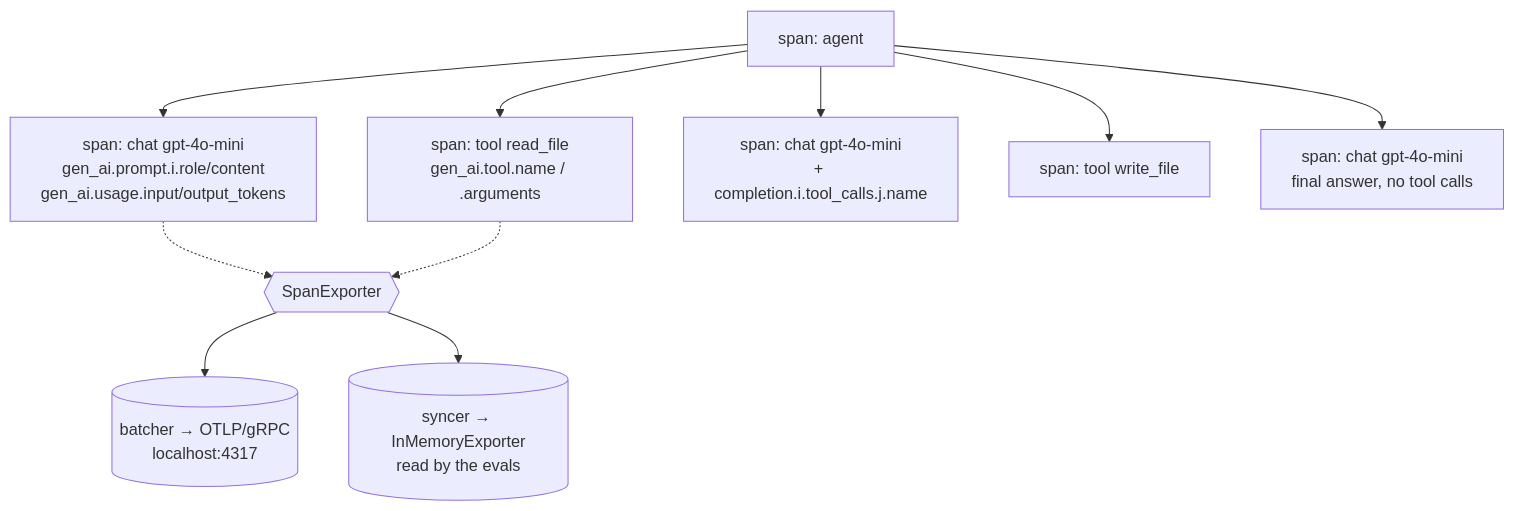
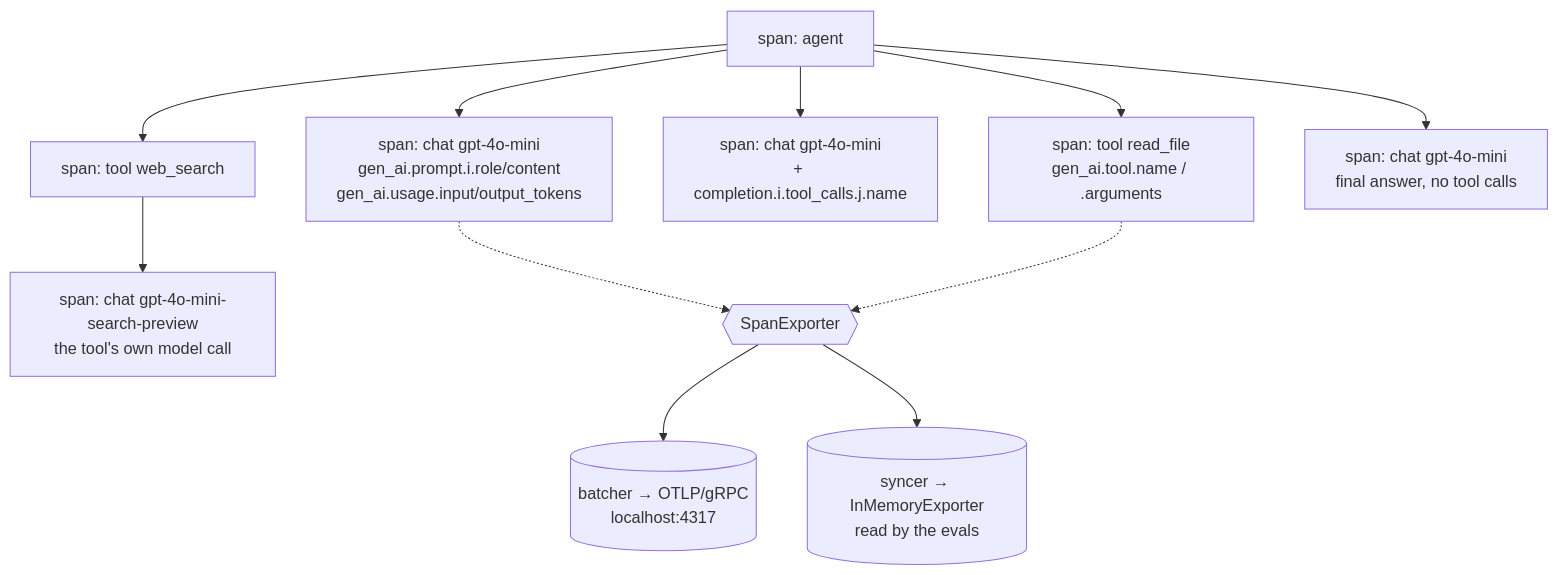
One commit to campoy/gai changed the fourth of 4 diagrams in ARCHITECTURE.md. Above: the diagram before and after it, drawn with Mermaid. The commit also changed other lines of this file and 9 other files, not shown here.

````diff
--- a/ARCHITECTURE.md
+++ b/ARCHITECTURE.md
@@ -228,13 +230,14 @@
 ```mermaid
 flowchart TD
   a["span: agent"] --> b1["span: chat gpt-4o-mini<br/>gen_ai.prompt.i.role/content<br/>gen_ai.usage.input/output_tokens"]
   a --> t1["span: tool read_file<br/>gen_ai.tool.name / .arguments"]
   a --> b2["span: chat gpt-4o-mini<br/>+ completion.i.tool_calls.j.name"]
-  a --> t2["span: tool write_file"]
-  a --> b3["span: chat gpt-4o-mini<br/>final answer, no tool calls"]
+  a --> t2["span: tool web_search"]
+  t2 --> b3["span: chat gpt-4o-mini-search-preview<br/>the tool's own model call"]
+  a --> b4["span: chat gpt-4o-mini<br/>final answer, no tool calls"]
 
   b1 -.-> exp{{"SpanExporter"}}
   t1 -.-> exp
   exp --> otlp[("batcher → OTLP/gRPC<br/>localhost:4317")]
   exp --> mem[("syncer → InMemoryExporter<br/>read by the evals")]
 ```
````
